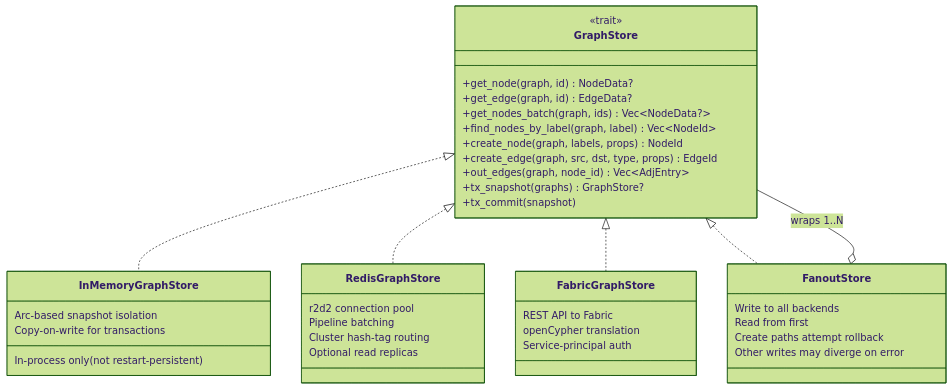
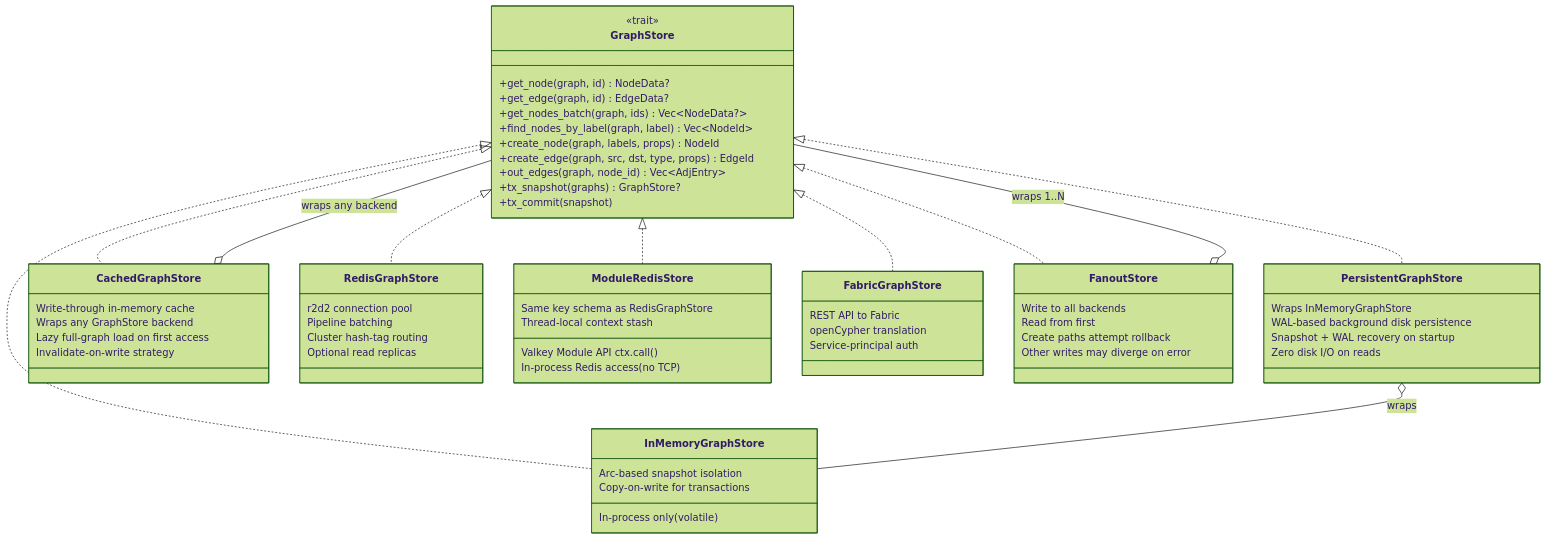
Before and after one commit to rysweet/SedanDelivery: the sixth of 7 diagrams in docs/architecture.md, drawn with Mermaid (forest theme). The commit also changed other lines of this file and 1 other file, not shown here.

First line of the commit message:
docs: document all current components in architecture and README (#1132)

````diff
--- a/docs/architecture.md
+++ b/docs/architecture.md
@@ -158,47 +232,73 @@
 ```mermaid
 classDiagram
     class GraphStore {
         <<trait>>
         +get_node(graph, id) NodeData?
         +get_edge(graph, id) EdgeData?
         +get_nodes_batch(graph, ids) Vec~NodeData?~
         +find_nodes_by_label(graph, label) Vec~NodeId~
         +create_node(graph, labels, props) NodeId
         +create_edge(graph, src, dst, type, props) EdgeId
         +out_edges(graph, node_id) Vec~AdjEntry~
         +tx_snapshot(graphs) GraphStore?
         +tx_commit(snapshot)
     }
 
     class InMemoryGraphStore {
         Arc-based snapshot isolation
         Copy-on-write for transactions
-        In-process only (not restart-persistent)
+        In-process only (volatile)
+    }
+
+    class PersistentGraphStore {
+        Wraps InMemoryGraphStore
+        WAL-based background disk persistence
+        Snapshot + WAL recovery on startup
+        Zero disk I/O on reads
+    }
+
+    class CachedGraphStore {
+        Write-through in-memory cache
+        Wraps any GraphStore backend
+        Lazy full-graph load on first access
+        Invalidate-on-write strategy
     }
 
     class RedisGraphStore {
         r2d2 connection pool
         Pipeline batching
         Cluster hash-tag routing
         Optional read replicas
+    }
+
+    class ModuleRedisStore {
+        Valkey Module API ctx.call()
+        In-process Redis access (no TCP)
+        Same key schema as RedisGraphStore
+        Thread-local context stash
     }
 
     class FabricGraphStore {
         REST API to Fabric
         openCypher translation
         Service-principal auth
     }
 
     class FanoutStore {
         Write to all backends
         Read from first
         Create paths attempt rollback
         Other writes may diverge on error
     }
 
     GraphStore <|.. InMemoryGraphStore
+    GraphStore <|.. PersistentGraphStore
+    GraphStore <|.. CachedGraphStore
     GraphStore <|.. RedisGraphStore
+    GraphStore <|.. ModuleRedisStore
     GraphStore <|.. FabricGraphStore
     GraphStore <|.. FanoutStore
+    PersistentGraphStore o-- InMemoryGraphStore : wraps
+    CachedGraphStore o-- GraphStore : wraps any backend
     FanoutStore o-- GraphStore : wraps 1..N
 ```
````
